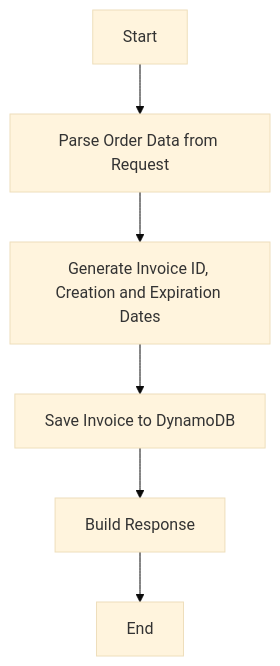
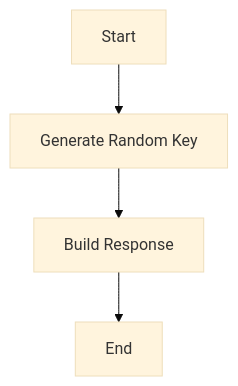
One commit to jackjieYYY/hostloc changed the diagram in README.md. Above: the diagram before and after it, drawn with Mermaid (base theme).

````diff
--- a/README.md
+++ b/README.md
@@ -3,8 +3,6 @@
 ```mermaid
 graph TD
-A[Start] --> B[Parse Order Data from Request]
-B --> C[Generate Invoice ID, Creation and Expiration Dates]
-C --> D[Save Invoice to DynamoDB]
-D --> E[Build Response]
-E --> F[End]
+A[Start] --> B[Generate Random Key]
+B --> C[Build Response]
+C --> D[End]
 ```
````
